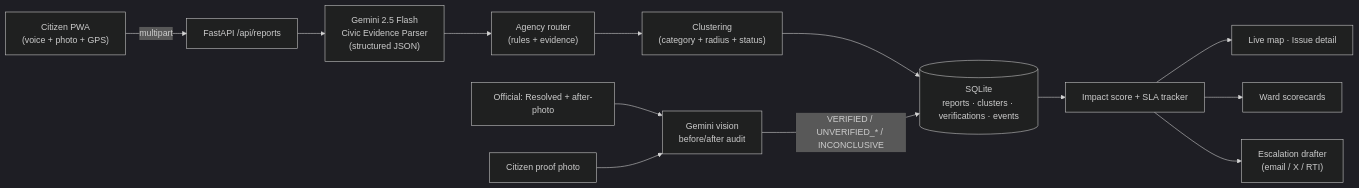
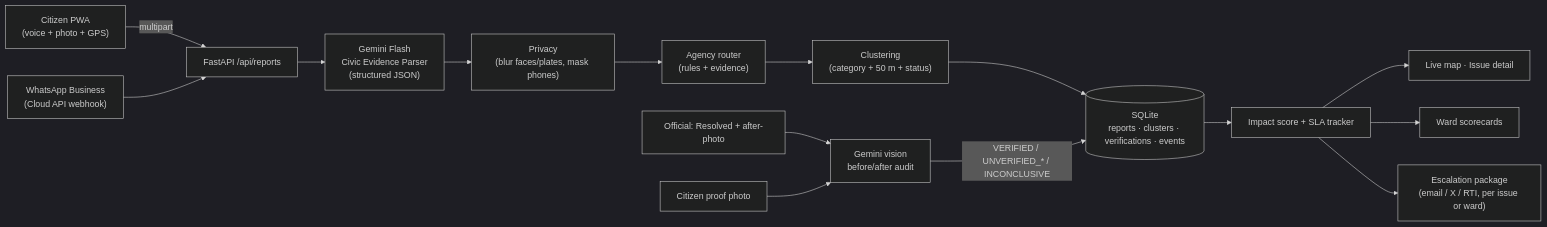
Before and after one commit to Vibho1/CivicPulse: the diagram in README.md, drawn with Mermaid (dark theme). The commit also changed other lines of this file and 84 other files, not shown here.

````diff
--- a/README.md
+++ b/README.md
@@ -23,15 +25,17 @@
 ```mermaid
 flowchart LR
     A["Citizen PWA\n(voice + photo + GPS)"] -->|multipart| B["FastAPI /api/reports"]
-    B --> C["Gemini 2.5 Flash\nCivic Evidence Parser\n(structured JSON)"]
-    C --> D["Agency router\n(rules + evidence)"]
-    D --> E["Clustering\n(category + radius + status)"]
+    W["WhatsApp Business\n(Cloud API webhook)"] --> B
+    B --> C["Gemini Flash\nCivic Evidence Parser\n(structured JSON)"]
+    C --> P["Privacy\n(blur faces/plates, mask phones)"]
+    P --> D["Agency router\n(rules + evidence)"]
+    D --> E["Clustering\n(category + 50 m + status)"]
     E --> F[("SQLite\nreports · clusters · verifications · events")]
     F --> G["Impact score + SLA tracker"]
     G --> H["Live map · Issue detail"]
     G --> I["Ward scorecards"]
-    G --> J["Escalation drafter\n(email / X / RTI)"]
+    G --> J["Escalation package\n(email / X / RTI, per issue or ward)"]
     K["Official: Resolved + after-photo"] --> L["Gemini vision\nbefore/after audit"]
     M["Citizen proof photo"] --> L
     L -->|VERIFIED / UNVERIFIED_* / INCONCLUSIVE| F
 ```
````
